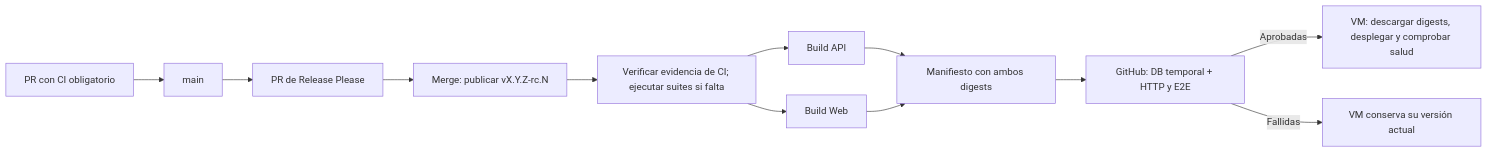
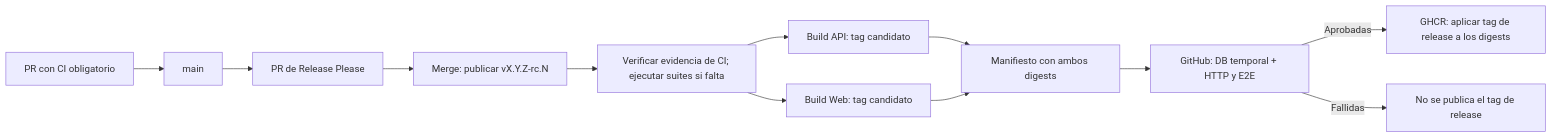
Before and after one commit to Zer0x25/paraglide-3.0: the second of 2 diagrams in README.md, drawn with Mermaid. The commit also changed other lines of this file and 7 other files, not shown here.

First line of the commit message:
ci(release): publish tested RC images to GHCR

````diff
--- a/README.md
+++ b/README.md
@@ -200,14 +200,14 @@
 ```mermaid
 flowchart LR
     PR[PR con CI obligatorio] --> Main[main]
     Main --> ReleasePR[PR de Release Please]
     ReleasePR --> RC[Merge: publicar vX.Y.Z-rc.N]
     RC --> Reuse["Verificar evidencia de CI; ejecutar suites si falta"]
-    Reuse --> API[Build API]
-    Reuse --> Web[Build Web]
+    Reuse --> API[Build API: tag candidato]
+    Reuse --> Web[Build Web: tag candidato]
     API --> Manifest[Manifiesto con ambos digests]
     Web --> Manifest
     Manifest --> Tests[GitHub: DB temporal + HTTP y E2E]
-    Tests -->|Aprobadas| VM[VM: descargar digests, desplegar y comprobar salud]
-    Tests -->|Fallidas| Stop[VM conserva su versión actual]
+    Tests -->|Aprobadas| Tags[GHCR: aplicar tag de release a los digests]
+    Tests -->|Fallidas| Stop[No se publica el tag de release]
 ```
````
